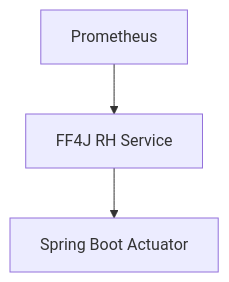
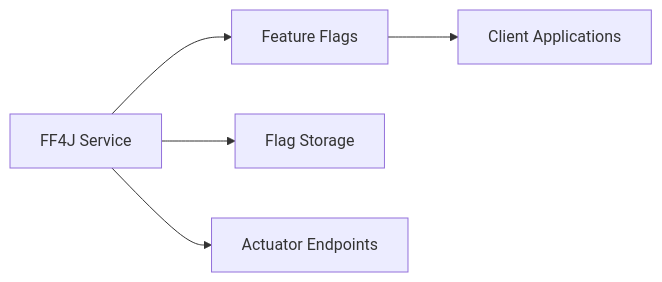
One commit to effinrich/rh-nx-monorepo changed the fifth of 8 diagrams in .qoder/repowiki/en/content/Backend Services.md. Above: the diagram before and after it, drawn with Mermaid. The commit also changed other lines of this file and 130 other files, not shown here.

````diff
--- a/.qoder/repowiki/en/content/Backend Services.md
+++ b/.qoder/repowiki/en/content/Backend Services.md
@@ -233,8 +250,7 @@
 ```mermaid
-graph TB
-FF4J["FF4J RH Service"]
-ACT["Spring Boot Actuator"]
-PROM["Prometheus"]
-FF4J --> ACT
-PROM --> FF4J
+graph LR
+FF4J["FF4J Service"] --> Flags["Feature Flags"]
+FF4J --> Store["Flag Storage"]
+FF4J --> Actuator["Actuator Endpoints"]
+Flags --> Clients["Client Applications"]
 ```
````
